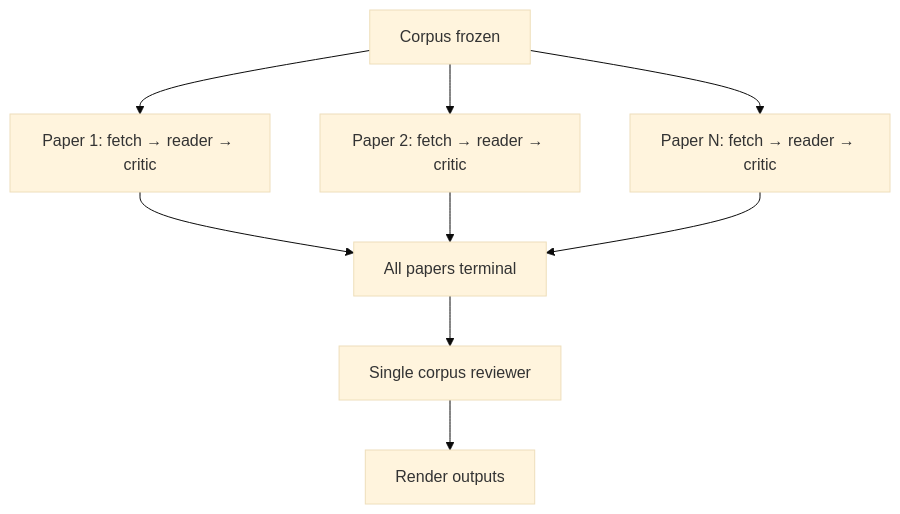
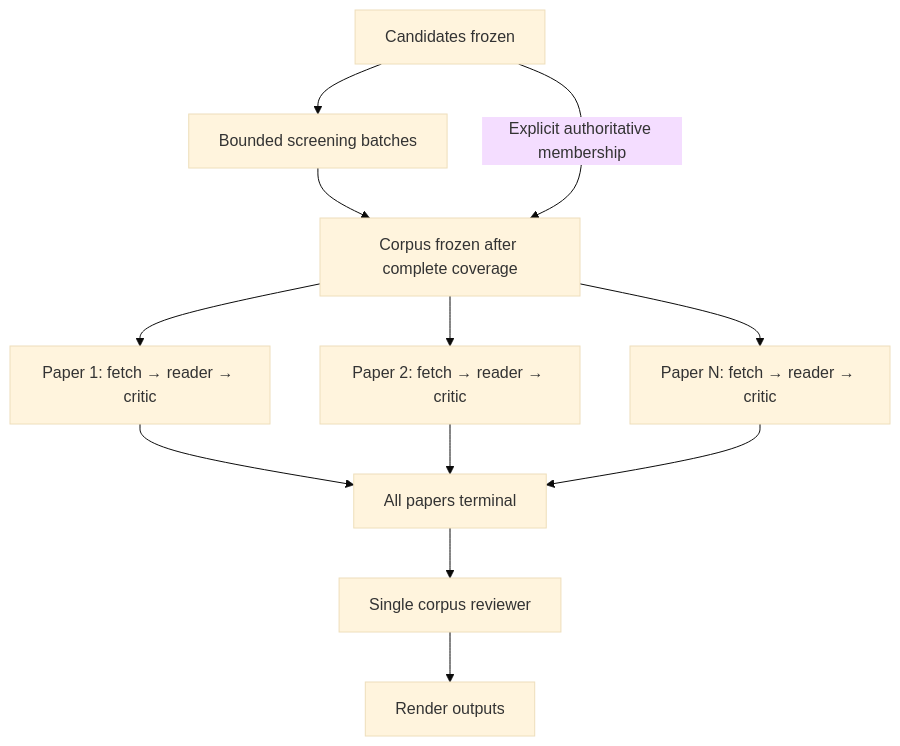
Before and after one commit to seiers24/arxiv-triage: the eighth of 9 diagrams in docs/specs/01-core-investigation-platform.md, drawn with Mermaid (base theme). The commit also changed other lines of this file and 377 other files, not shown here.

````diff
--- a/docs/specs/01-core-investigation-platform.md
+++ b/docs/specs/01-core-investigation-platform.md
@@ -1363,11 +1547,14 @@
 ```mermaid
 flowchart TB
-    C[Corpus frozen] --> P1[Paper 1: fetch → reader → critic]
+    K[Candidates frozen] --> S[Bounded screening batches]
+    S --> C[Corpus frozen after complete coverage]
+    K -->|Explicit authoritative membership| C
+    C --> P1[Paper 1: fetch → reader → critic]
     C --> P2[Paper 2: fetch → reader → critic]
     C --> PN[Paper N: fetch → reader → critic]
     P1 --> G[All papers terminal]
     P2 --> G
     PN --> G
     G --> R[Single corpus reviewer]
     R --> O[Render outputs]
 ```
````
